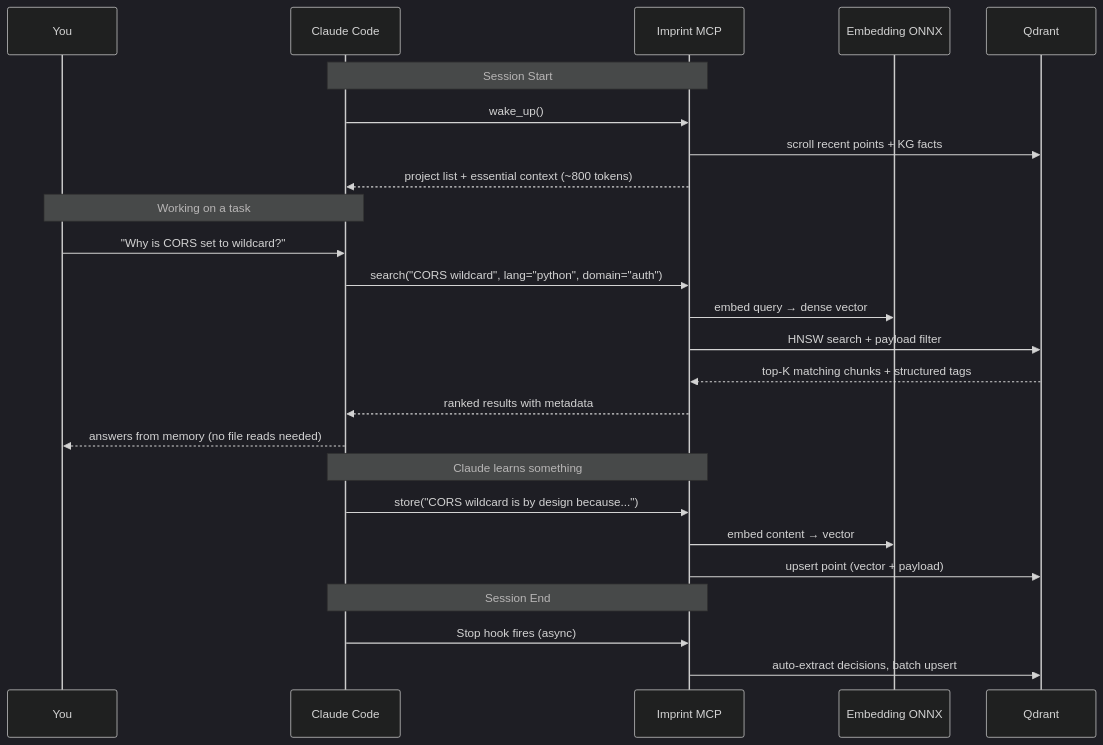
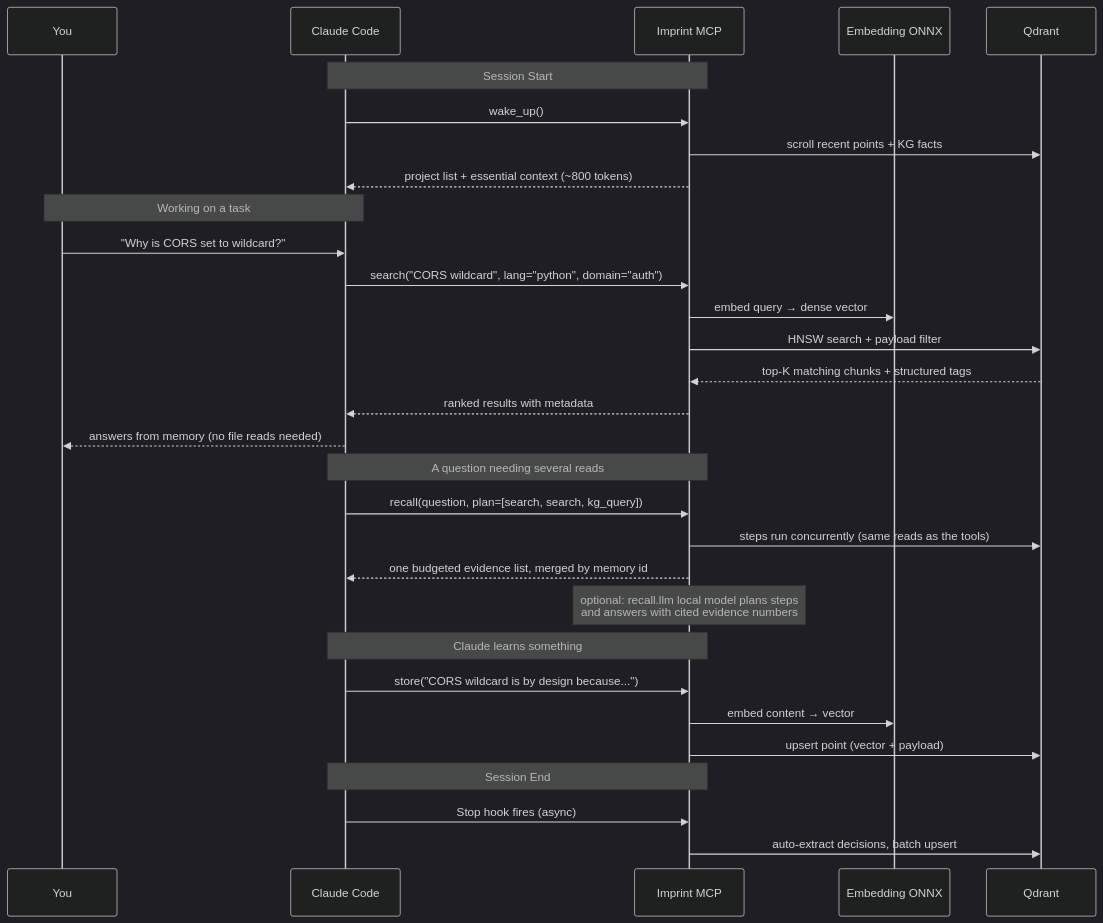
One commit to alexandruleca/imprint-memory-layer changed the second of 3 diagrams in docs/architecture.md. Above: the diagram before and after it, drawn with Mermaid (dark theme). The commit also changed other lines of this file and 18 other files, not shown here.

````diff
--- a/docs/architecture.md
+++ b/docs/architecture.md
@@ -99,31 +101,37 @@
 ```mermaid
 sequenceDiagram
     participant U as You
     participant C as Claude Code
     participant K as Imprint MCP
     participant E as Embedding ONNX
     participant Q as Qdrant
 
     Note over C,K: Session Start
     C->>K: wake_up()
     K->>Q: scroll recent points + KG facts
     K-->>C: project list + essential context (~800 tokens)
 
     Note over U,C: Working on a task
     U->>C: "Why is CORS set to wildcard?"
     C->>K: search("CORS wildcard", lang="python", domain="auth")
     K->>E: embed query → dense vector
     K->>Q: HNSW search + payload filter
     Q-->>K: top-K matching chunks + structured tags
     K-->>C: ranked results with metadata
     C-->>U: answers from memory (no file reads needed)
 
+    Note over C,K: A question needing several reads
+    C->>K: recall(question, plan=[search, search, kg_query])
+    K->>Q: steps run concurrently (same reads as the tools)
+    K-->>C: one budgeted evidence list, merged by memory id
+    Note over K: optional: recall.llm local model plans steps<br/>and answers with cited evidence numbers
+
     Note over C,K: Claude learns something
     C->>K: store("CORS wildcard is by design because...")
     K->>E: embed content → vector
     K->>Q: upsert point (vector + payload)
 
     Note over C,K: Session End
     C->>K: Stop hook fires (async)
     K->>Q: auto-extract decisions, batch upsert
 ```
````
